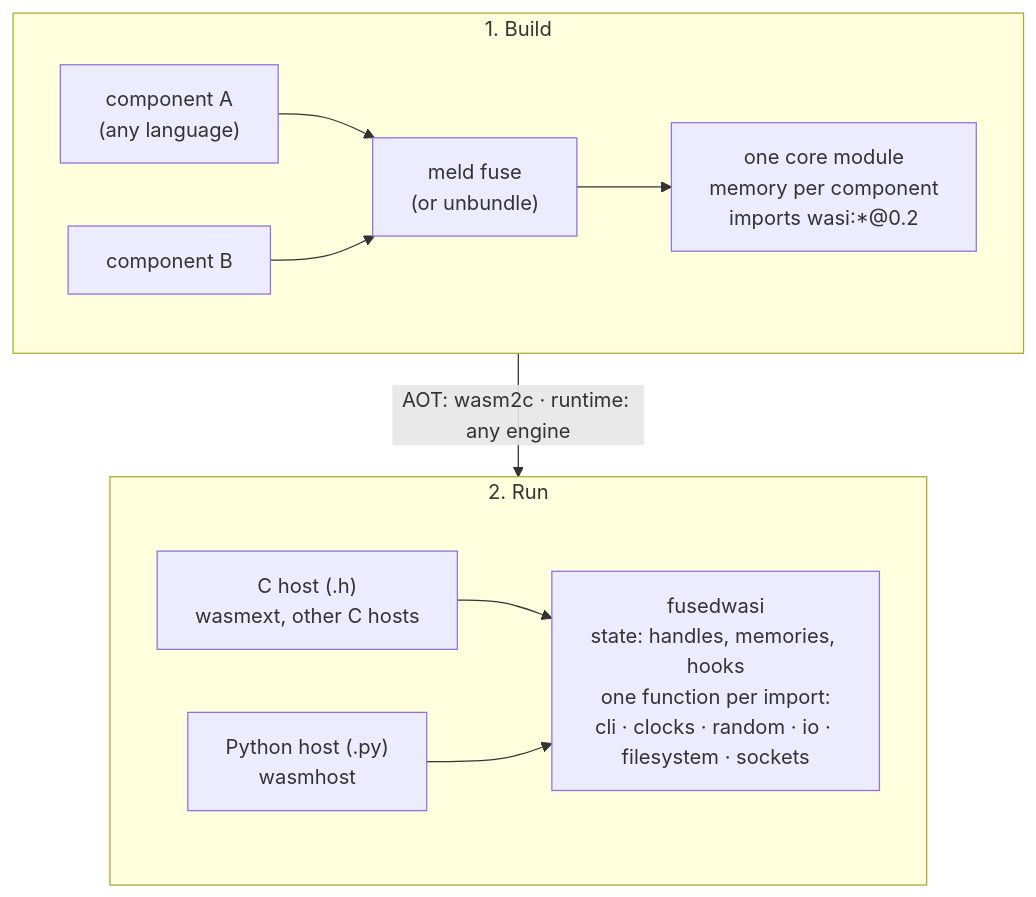
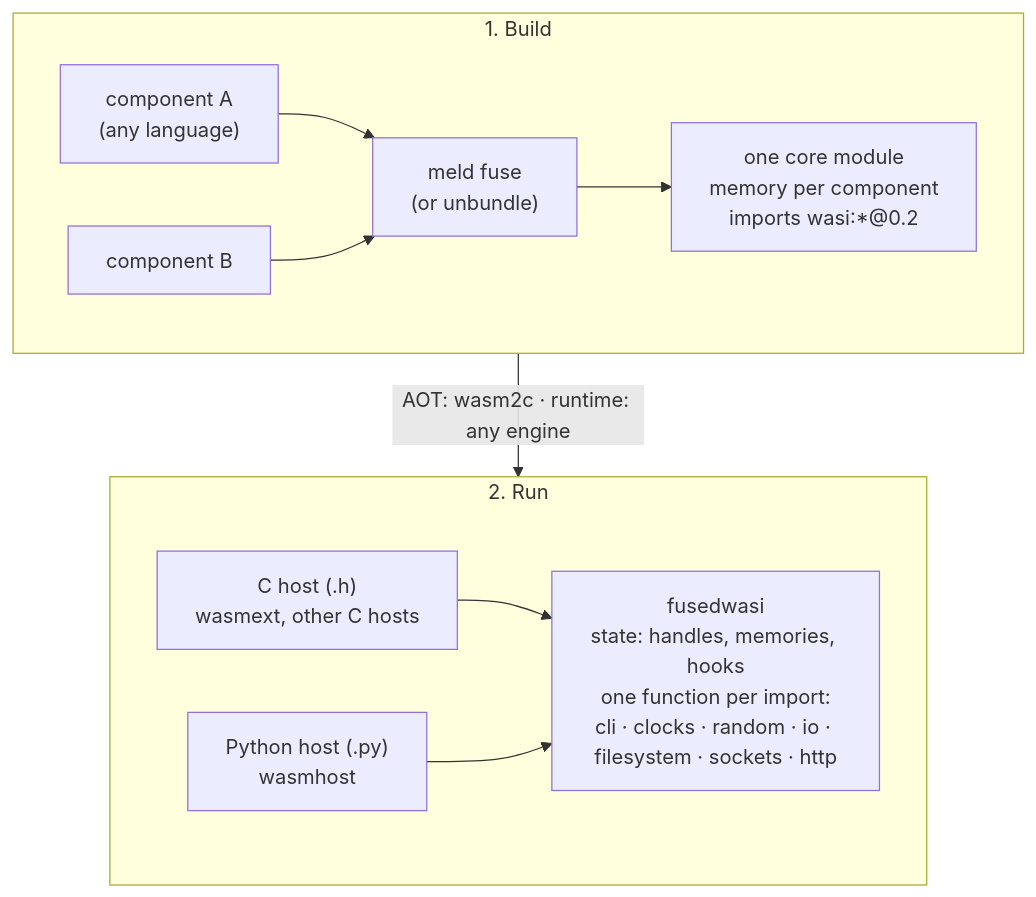
The diagram in README.md (natify-sh/fusedwasi), drawn with Mermaid before and after one commit. The commit also changed other lines of this file, not shown here.

Commit message:
README: what is here now (Windows, http), and that the Python package carries the headers

````diff
--- a/README.md
+++ b/README.md
@@ -11,18 +11,18 @@
 ```mermaid
 flowchart TB
     subgraph build["1. Build"]
         direction LR
         C1["component A<br/>(any language)"] --> F["meld fuse<br/>(or unbundle)"]
         C2["component B"] --> F
         F --> M["one core module<br/>memory per component<br/>imports wasi:*@0.2"]
     end
 
     subgraph run["2. Run"]
         direction LR
         H["C host (.h)<br/>wasmext, other C hosts"] --> FW
         Y["Python host (.py)<br/>wasmhost"] --> FW
-        FW["fusedwasi<br/>state: handles, memories, hooks<br/>one function per import:<br/>cli · clocks · random · io · filesystem · sockets"]
+        FW["fusedwasi<br/>state: handles, memories, hooks<br/>one function per import:<br/>cli · clocks · random · io · filesystem · sockets · http"]
     end
 
     build -- "AOT: wasm2c · runtime: any engine" --> run
 ```
````
